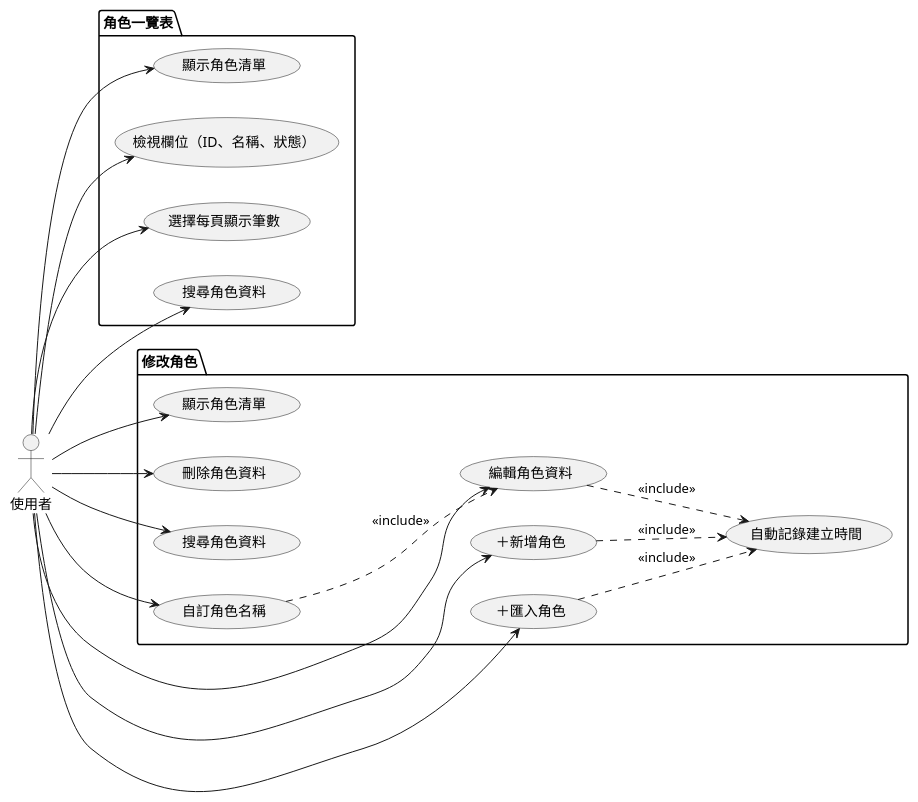
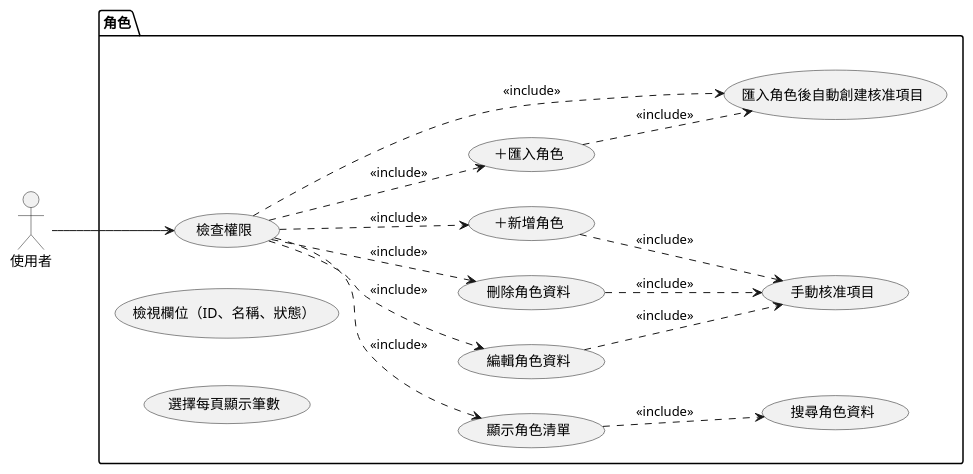
The diagram in mermaid/use_case/role_overview&edit.puml (walle45611/NTUB_SecuManag_Diagram), drawn with PlantUML before and after one commit. The commit also changed 7 other files, not shown here.

```diff
--- a/mermaid/use_case/role_overview&edit.puml
+++ b/mermaid/use_case/role_overview&edit.puml
@@ -1,42 +1,35 @@
-@startuml
+@startuml role_overview
 
 left to right direction
 
 actor 使用者
 
-package "角色一覽表" {
+package "角色" {
+    usecase "檢查權限" as UC12
     usecase "顯示角色清單" as UC1
     usecase "檢視欄位（ID、名稱、狀態）" as UC2
     usecase "選擇每頁顯示筆數" as UC3
     usecase "搜尋角色資料" as UC4
+    usecase "編輯角色資料" as UC5
+    usecase "刪除角色資料" as UC6
+    usecase "＋新增角色" as UC7
+    usecase "＋匯入角色" as UC8
+    usecase "匯入角色後自動創建核准項目" as UC10
+    usecase "手動核准項目" as UC11
 }
 
-package "修改角色" {
-    usecase "顯示角色清單" as UC5
-    usecase "編輯角色資料" as UC6
-    usecase "刪除角色資料" as UC7
-    usecase "搜尋角色資料" as UC8
-    usecase "自訂角色名稱" as UC9
-    usecase "＋新增角色" as UC10
-    usecase "＋匯入角色" as UC11
-    usecase "自動記錄建立時間" as UC12
-}
+使用者 --> UC12
+UC12 .down.> UC1 : <<include>>
+UC12 .down.> UC5 : <<include>>
+UC12 .down.> UC6 : <<include>>
+UC12 .down.> UC7 : <<include>>
+UC12 .down.> UC8 : <<include>>
+UC12 .down.> UC10 : <<include>>
 
-UC6 .down.> UC12 : <<include>>
-UC9 .down.> UC6 : <<include>>
-UC10 .down.> UC12 : <<include>>
-UC11 .down.> UC12 : <<include>>
-
-使用者 --> UC1
-使用者 --> UC2
-使用者 --> UC3
-使用者 --> UC4
-使用者 --> UC5
-使用者 --> UC6
-使用者 --> UC7
-使用者 --> UC8
-使用者 --> UC9
-使用者 --> UC10
-使用者 --> UC11
+UC1 .down.> UC4 : <<include>>
+UC5 .down.> UC11 : <<include>>
+UC6 .down.> UC11 : <<include>>
+UC7 .down.> UC11 : <<include>>
+UC8 .down.> UC10 : <<include>>
 
 @enduml
```
